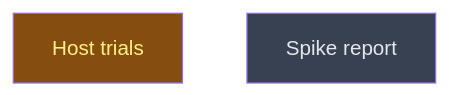
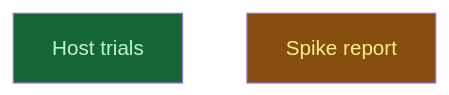
The diagram in __roadmap__/m0-feasibility-spike/build/trials/README.md (CrackingShells/cracking-shells-playbook), drawn with Mermaid before and after one commit. The commit also changed other lines of this file and 1 other file, not shown here.

Commit message:
chore(roadmap): close the m0 host trials and start the report
The cold and warm timing series was replaced, on Eliott's steer, by the channel and payload-size study recorded in the trial notes.

````diff
--- a/__roadmap__/m0-feasibility-spike/build/trials/README.md
+++ b/__roadmap__/m0-feasibility-spike/build/trials/README.md
@@ -20,10 +20,10 @@
 ```mermaid
 graph TD
-    host_trials[Host trials]:::inprogress
-    report[Spike report]:::planned
+    host_trials[Host trials]:::done
+    report[Spike report]:::inprogress
     classDef done       fill:#166534,color:#bbf7d0
     classDef inprogress fill:#854d0e,color:#fef08a
     classDef planned    fill:#374151,color:#e5e7eb
     classDef amendment  fill:#1e3a5f,color:#bfdbfe
     classDef blocked    fill:#7f1d1d,color:#fecaca
 ```
````
